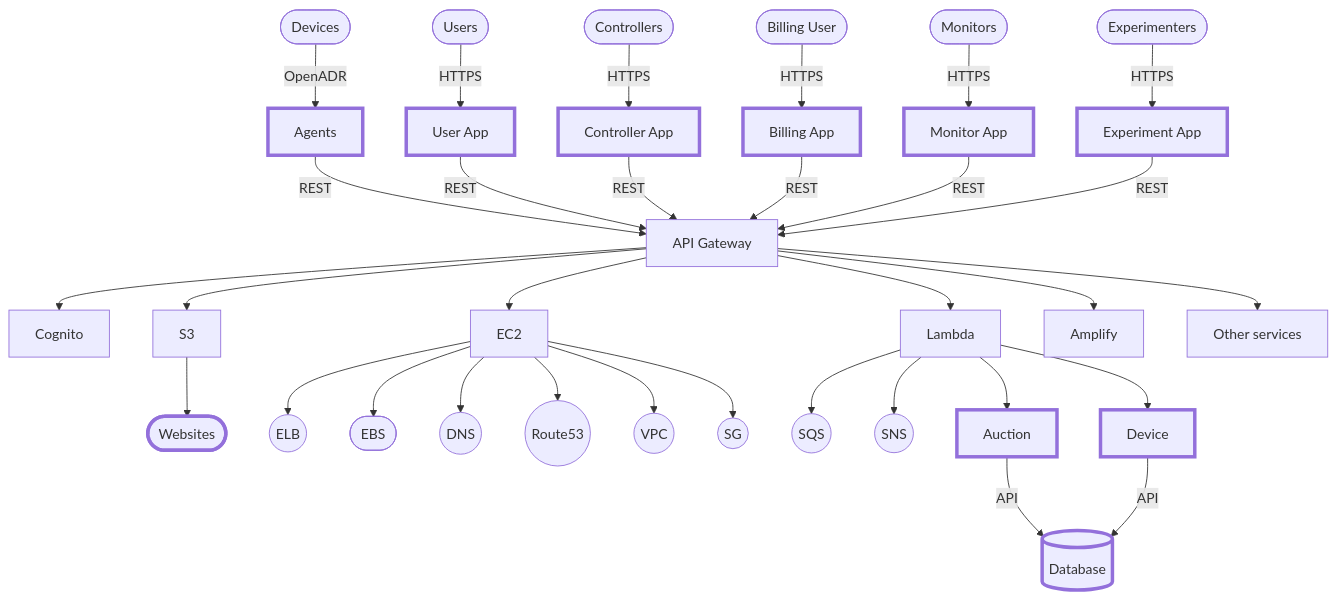
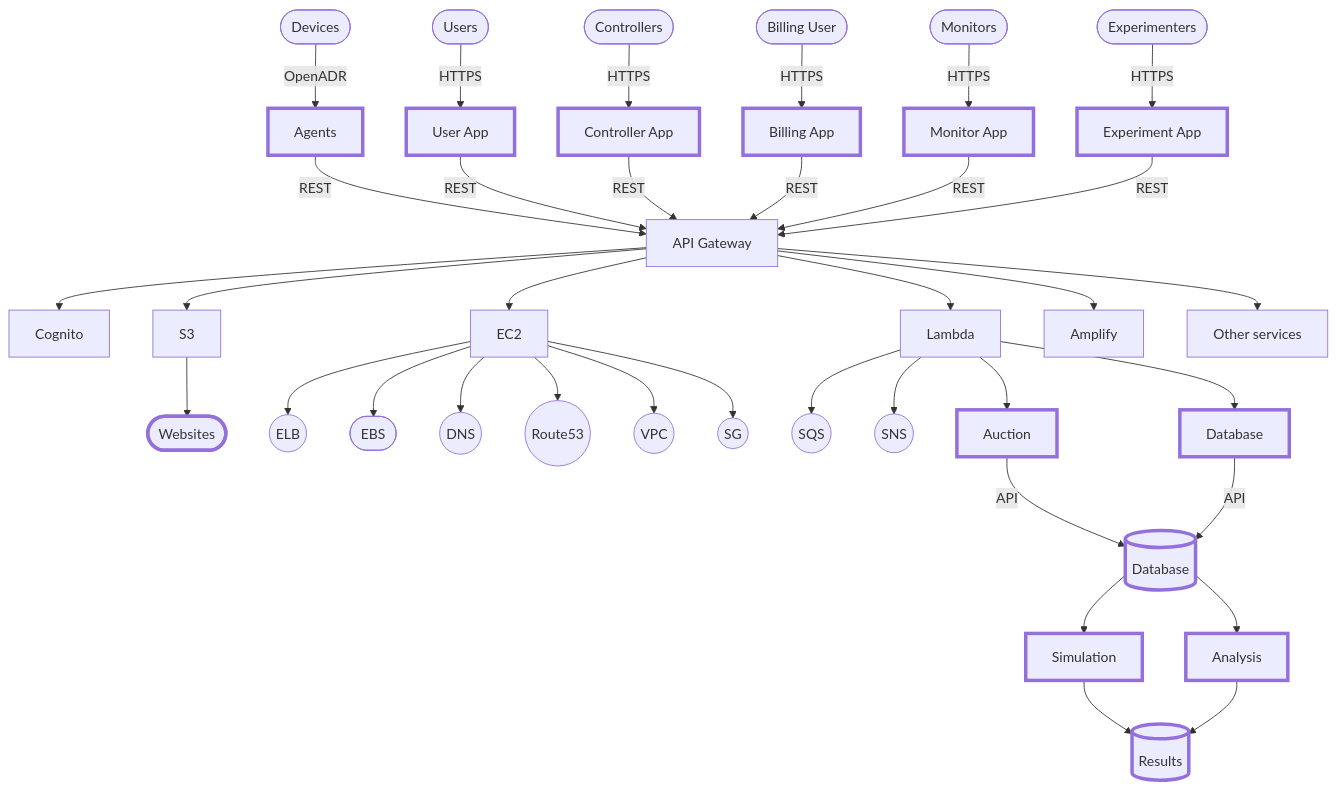
The first of 2 diagrams in docs/README.md (aivanova5/design), drawn with Mermaid before and after one commit.

````diff
--- a/docs/README.md
+++ b/docs/README.md
@@ -2,54 +2,61 @@
 ```mermaid
 flowchart TD
   
   classDef active stroke-width:4px;
 
   devices([Devices]) --OpenADR--> agents  
   agents[Agents]:::active --REST--> gateway[API Gateway]
       click agents "https://github.com/postroad-energy/design/blob/main/docs/agents.md" _blank
 
   users([Users]) --HTTPS--> user_app[User App]:::active --REST--> gateway
       click user_app "https://github.com/postroad-energy/design/blob/main/docs/users.md" _blank
 
   controllers([Controllers]) --HTTPS--> controller_app[Controller App]:::active --REST--> gateway
       click controller_app "https://github.com/postroad-energy/design/blob/main/docs/controllers.md" _blank
 
   billing([Billing User]) --HTTPS--> billing_app[Billing App]:::active --REST--> gateway
       click billing_app "https://github.com/postroad-energy/design/blob/main/docs/billing.md" _blank
 
   monitors([Monitors]) --HTTPS--> monitor_app[Monitor App]:::active --REST--> gateway
       click monitor_app "https://github.com/postroad-energy/design/blob/main/docs/monitors.md" _blank
 
   experiment([Experimenters]) --HTTPS--> experiment_app[Experiment App]:::active --REST--> gateway
       click experiment_app "https://github.com/postroad-energy/design/blob/main/docs/experimenters.md" _blank
 
   gateway --> auth[Cognito]
   
   gateway --> s3[S3]
     s3 --> websites([Websites]):::active
       click websites "https://github.com/postroad-energy/design/blob/main/docs/websites.md" _blank
   
   gateway --> ec2[EC2]
     ec2 --> elb((ELB))
     ec2 --> ebs([EBS])
     ec2 --> dns((DNS))
     ec2 --> route53((Route53))
     ec2 --> vpc((VPC))
     ec2 --> sg((SG))
   
   gateway --> lambda[Lambda]
     lambda --> sqs((SQS))
     lambda --> sns((SNS))
     lambda --> auction[Auction]:::active
       click auction "https://github.com/postroad-energy/design/blob/main/docs/auction.md" _blank
       auction --API--> database  
-    lambda --> device[Device]:::active
-      click device "https://github.com/postroad-energy/design/blob/main/docs/device.md" _blank
-      device --API--> database[(Database)]:::active
+    lambda --> db_api[Database]:::active
+      click db_api "https://github.com/postroad-energy/design/blob/main/docs/database.md" _blank
+      db_api --API--> database[(Database)]:::active
       click database "https://github.com/postroad-energy/design/blob/main/docs/database.md" _blank
       
   gateway --> amplify[Amplify]
   
   gateway --> other[Other services]
   
+  database --> simulation[Simulation]:::active --> results[(Results)]:::active
+    click simulation "https://github.com/postroad-energy/design/blob/main/docs/simulation.md" _blank
+    click results "https://github.com/postroad-energy/design/blob/main/docs/results.md" _blank
+  
+  database --> analysis[Analysis]:::active --> results
+    click analysis "https://github.com/postroad-energy/design/blob/main/docs/analysis.md" _blank
+    
 ```
````
